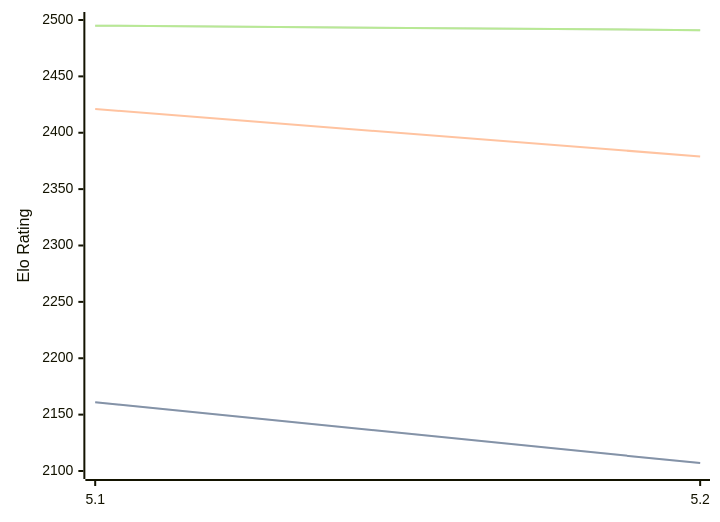
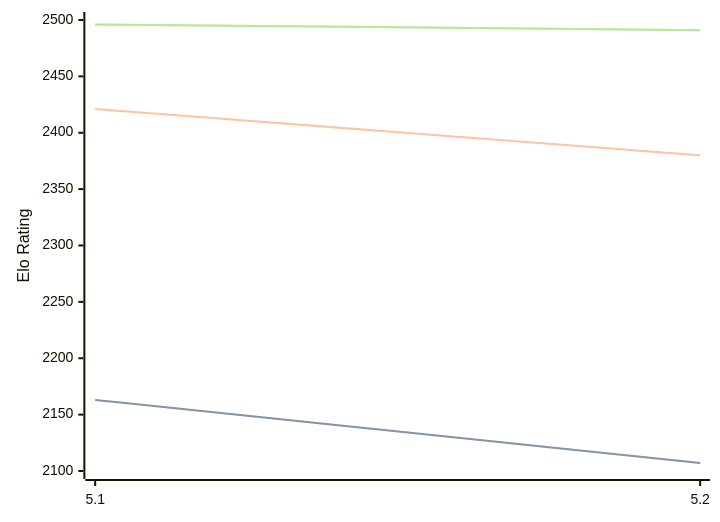
One commit to computer-chess-index/cci changed the diagram in engines/Prophet.md. Above: the diagram before and after it, drawn with Mermaid. The commit also changed other lines of this file, not shown here.

Commit message:
Update CCI Ratings (ELO VLTC) - 2026-08-24

````diff
--- a/engines/Prophet.md
+++ b/engines/Prophet.md
@@ -32,11 +32,11 @@
 ```mermaid
 %%{init: {"theme":"base","themeVariables":{"seriesColors:['#a3a3a3','#222221','#faa371']}}}%%
 xychart-beta
   x-axis ["5.1", "5.2"]
   y-axis "Elo Rating" 2100 --> 2500
-  line "STC (8.0+0.08s)" [2161, 2107]
-  line "STC (8.0+0.08s)" [2161, 2107]
-  line "LTC (60.0+0.60s)" [2421, 2379]
-  line "VLTC (2m24s+1.12s)" [2495, 2491]
-  line "VLTC (2m24s+1.12s)" [2495, 2491]
+  line "STC (8.0+0.08s)" [2163, 2107]
+  line "STC (8.0+0.08s)" [2163, 2107]
+  line "LTC (60.0+0.60s)" [2421, 2380]
+  line "VLTC (2m24s+1.12s)" [2496, 2491]
+  line "VLTC (2m24s+1.12s)" [2496, 2491]
 ```
````
